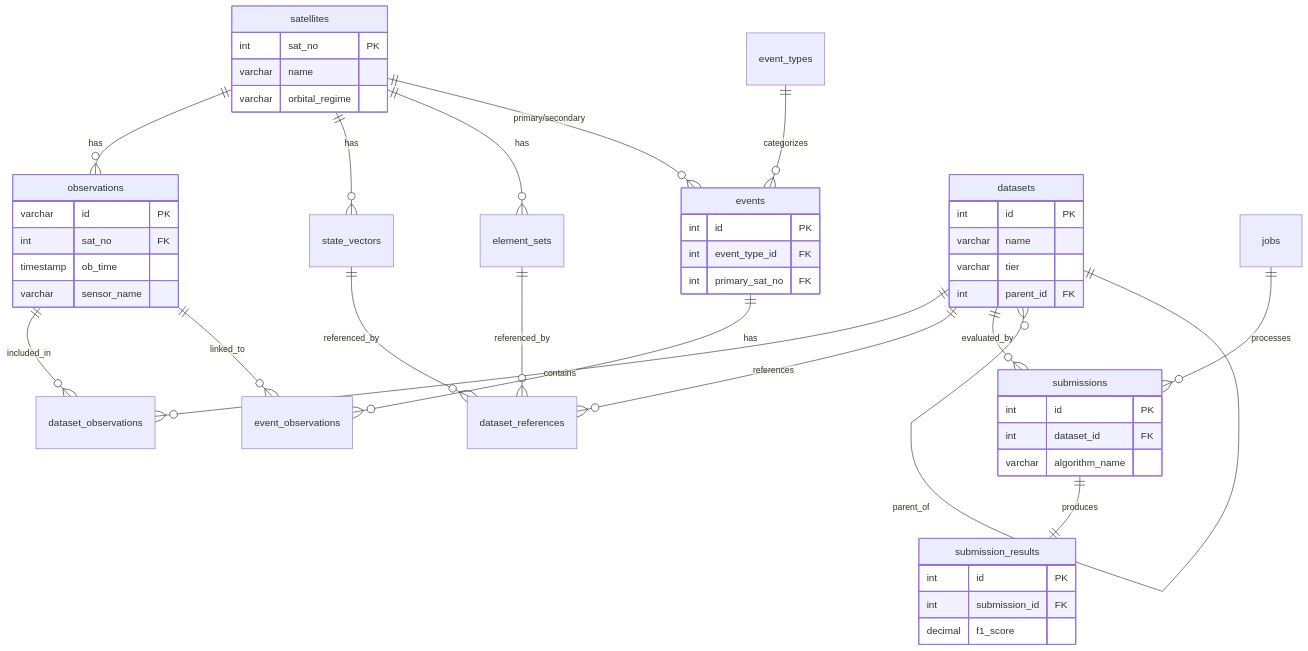
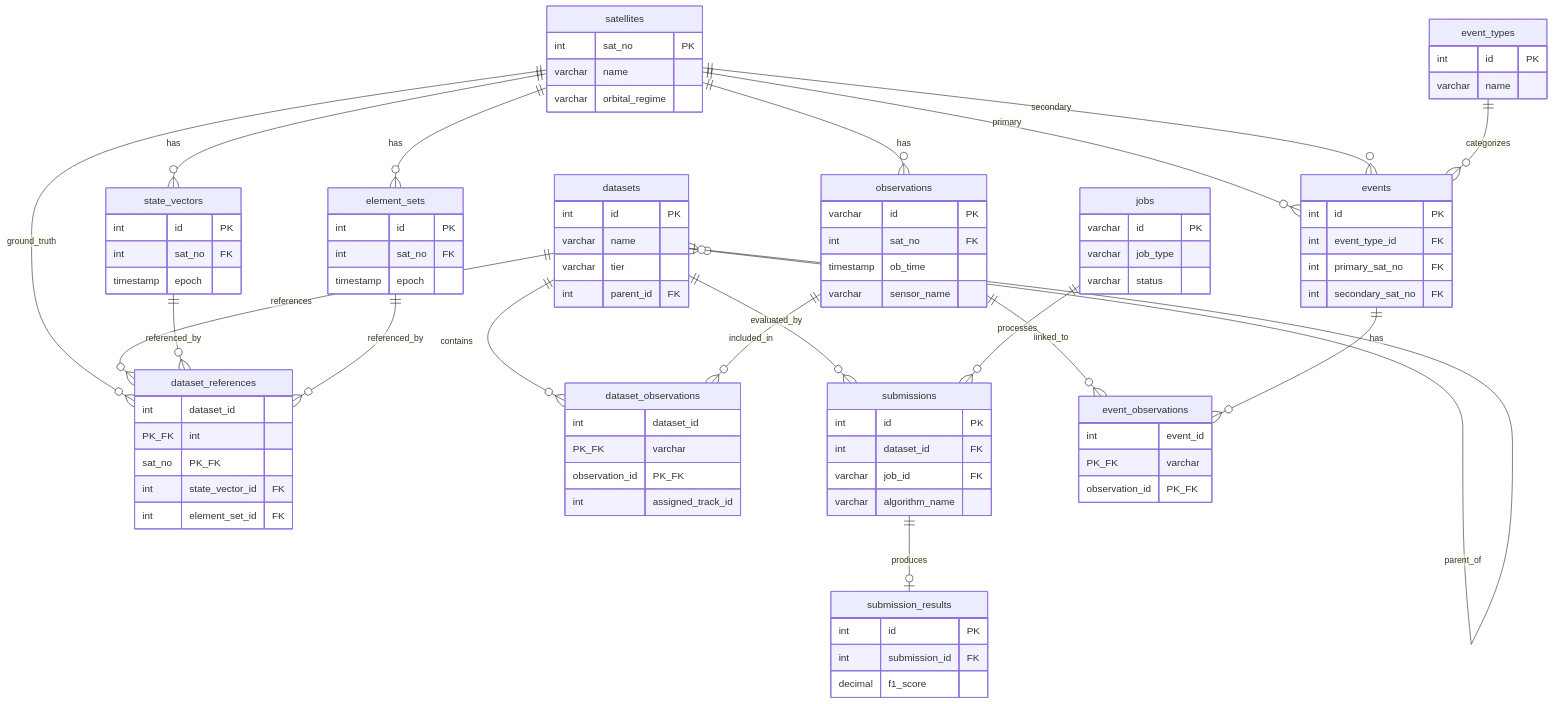
Before and after one commit to kelvin-Bene/SDA-TAP-SpOC: the diagram in UCT-Benchmark-DMR/combined/docs/database_erd.md, drawn with Mermaid. The commit also changed other lines of this file, not shown here.

First line of the commit message:
docs: Fix ERD accuracy - correct composite PKs and add descriptions

````diff
--- a/UCT-Benchmark-DMR/combined/docs/database_erd.md
+++ b/UCT-Benchmark-DMR/combined/docs/database_erd.md
@@ -9,12 +9,14 @@
     satellites ||--o{ observations : "has"
     satellites ||--o{ state_vectors : "has"
     satellites ||--o{ element_sets : "has"
-    satellites ||--o{ events : "primary/secondary"
+    satellites ||--o{ dataset_references : "ground_truth"
+    satellites ||--o{ events : "primary"
+    satellites ||--o{ events : "secondary"
 
     datasets ||--o{ dataset_observations : "contains"
     datasets ||--o{ dataset_references : "references"
     datasets ||--o{ submissions : "evaluated_by"
-    datasets }o--|| datasets : "parent_of"
+    datasets }o--o| datasets : "parent_of"
 
     observations ||--o{ dataset_observations : "included_in"
     observations ||--o{ event_observations : "linked_to"
@@ -25,7 +27,7 @@
     event_types ||--o{ events : "categorizes"
     events ||--o{ event_observations : "has"
 
-    submissions ||--|| submission_results : "produces"
+    submissions ||--o| submission_results : "produces"
     jobs ||--o{ submissions : "processes"
 
     satellites {
@@ -41,6 +43,30 @@
         varchar sensor_name
     }
 
+    state_vectors {
+        int id PK
+        int sat_no FK
+        timestamp epoch
+    }
+
+    element_sets {
+        int id PK
+        int sat_no FK
+        timestamp epoch
+    }
+
+    event_types {
+        int id PK
+        varchar name
+    }
+
+    events {
+        int id PK
+        int event_type_id FK
+        int primary_sat_no FK
+        int secondary_sat_no FK
+    }
+
     datasets {
         int id PK
         varchar name
@@ -48,15 +74,28 @@
         int parent_id FK
     }
 
-    events {
-        int id PK
-        int event_type_id FK
-        int primary_sat_no FK
+    dataset_observations {
+        int dataset_id PK_FK
+        varchar observation_id PK_FK
+        int assigned_track_id
+    }
+
+    dataset_references {
+        int dataset_id PK_FK
+        int sat_no PK_FK
+        int state_vector_id FK
+        int element_set_id FK
+    }
+
+    event_observations {
+        int event_id PK_FK
+        varchar observation_id PK_FK
     }
 
     submissions {
         int id PK
         int dataset_id FK
+        varchar job_id FK
         varchar algorithm_name
     }
 
@@ -65,4 +104,10 @@
         int submission_id FK
         decimal f1_score
     }
+
+    jobs {
+        varchar id PK
+        varchar job_type
+        varchar status
+    }
 ```
````
